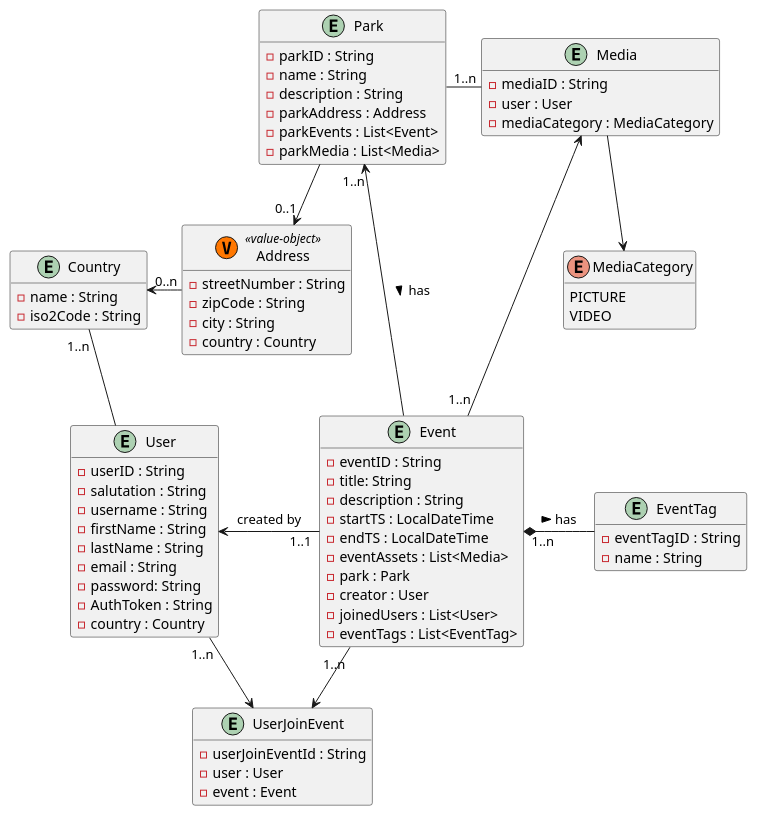
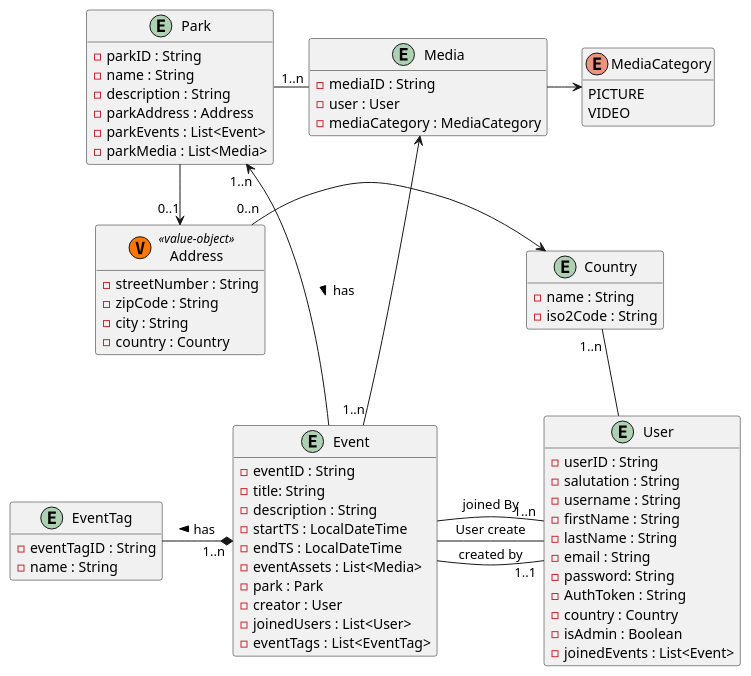
Before and after one commit to Lucaww23e013/ParkPal_Backend: the diagram in uml/domain.puml, drawn with PlantUML. The commit also changed 17 other files, not shown here.

```diff
--- a/uml/domain.puml
+++ b/uml/domain.puml
@@ -1,90 +1,93 @@
 @startuml
 'https://plantuml.com/class-diagram
 
 hide empty methods
 
 'entity Comment {}
 
 entity User {
     - userID : String
     - salutation : String
     - username : String
     - firstName : String
     - lastName : String
     - email : String
     - password: String
     - AuthToken : String
     - country : Country
-    }
+    - isAdmin : Boolean
+    - joinedEvents : List<Event>
+}
 
-entity UserJoinEvent {
-    -userJoinEventId : String
+/'entity UserJoinEvent {
     - user : User
     - event : Event
-
-}
+}'/
 
 entity Event {
     - eventID : String
     - title: String
     - description : String
     - startTS : LocalDateTime
     - endTS : LocalDateTime
     - eventAssets : List<Media>
     - park : Park
     - creator : User
     - joinedUsers : List<User>
     - eventTags : List<EventTag>
 }
 
 entity EventTag {
     - eventTagID : String
     - name : String
 }
 
 entity Media {
     - mediaID : String
     - user : User
     - mediaCategory : MediaCategory
 }
 
 enum MediaCategory {
     PICTURE
     VIDEO
 }
 
 entity Park {
     - parkID : String
     - name : String
     - description : String
     - parkAddress : Address
     - parkEvents : List<Event>
     - parkMedia : List<Media>
 }
 
 class Address <<(V, #FF7700) value-object>> {
     - streetNumber : String
     - zipCode : String
     - city : String
     - country : Country
 }
 
 entity Country {
     - name : String
     - iso2Code : String
 }
 
-User "1..n" --> UserJoinEvent
-Event "1..n" -->  UserJoinEvent
+'User "1..n" --> UserJoinEvent
+'Event "1..n" -->  UserJoinEvent
 Address "0..n" -> Country
-Media --> MediaCategory
-EventTag -left-* "1..n" Event : has <
+Media --right> MediaCategory
+EventTag -right-* "1..n" Event : has <
 Event -up-> "1..n" Park : has <
 Media <-- "1..n" Event
-Event "1..1" -left-> User : created by
+User -- Event : User create
+Event -down- "1..n" User : joined By
+User "1..1"  -left- Event : created by
+Event -[hidden]- User
 Park "1..n" -right- Media
 Country "1..n" -- User
 Park --> "0..1" Address
 
 
 @enduml
```
